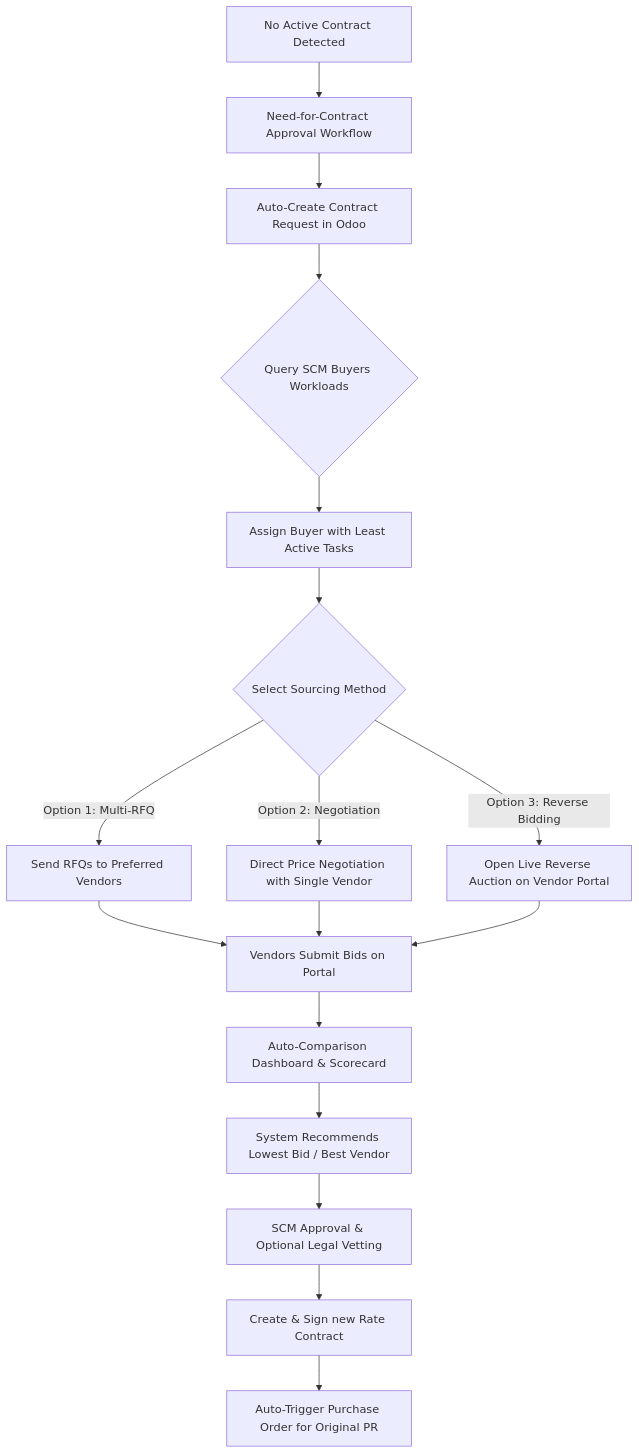
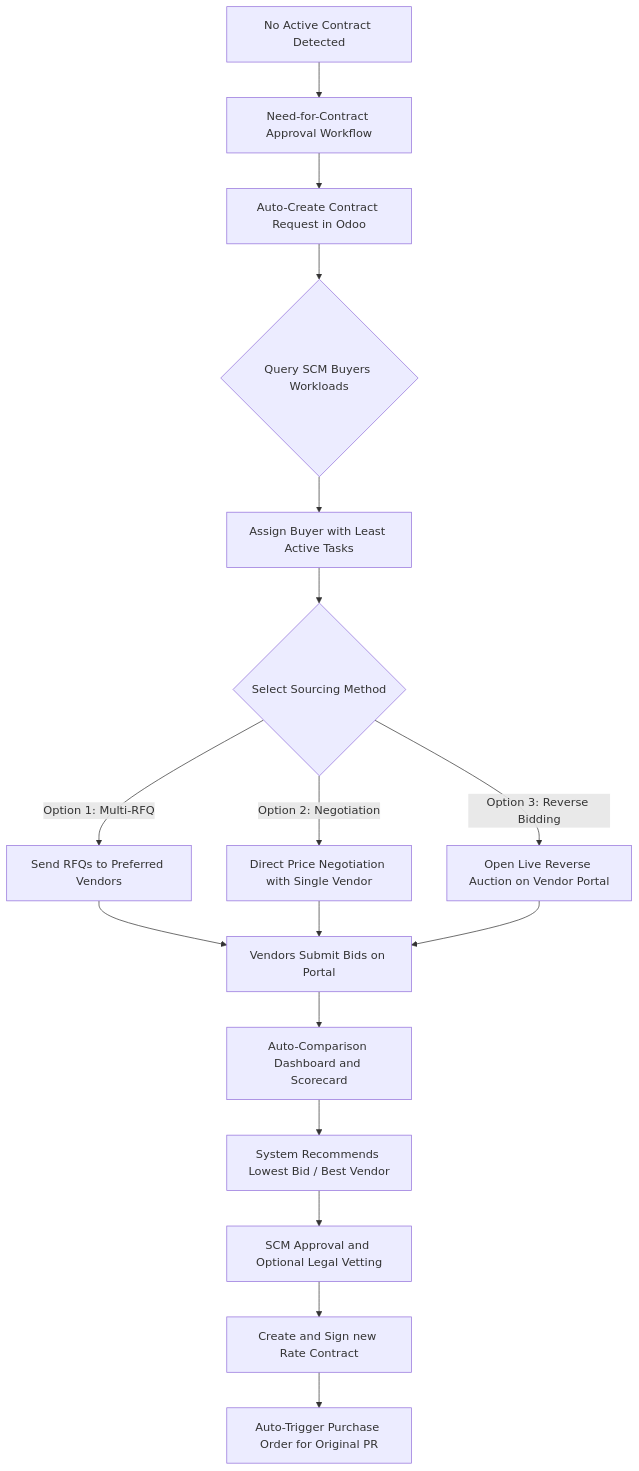
The fourth of 5 diagrams in smart_spend_proposal/smartspend_workflow_guide.md (Anjitha-IdeenTech/Spendwise_prod), drawn with Mermaid before and after one commit. The commit also changed other lines of this file and 1 other file, not shown here.

Commit message:
fix: replace all remaining & with and in Mermaid diagrams to prevent parser failures

````diff
--- a/smart_spend_proposal/smartspend_workflow_guide.md
+++ b/smart_spend_proposal/smartspend_workflow_guide.md
@@ -133,21 +133,21 @@
 ```mermaid
 flowchart TD
     Start[No Active Contract Detected] --> NeedApprove[Need-for-Contract Approval Workflow]
     NeedApprove --> CreateCR[Auto-Create Contract Request in Odoo]
     CreateCR --> WorkloadEngine{Query SCM Buyers Workloads}
     WorkloadEngine --> AssignBuyer[Assign Buyer with Least Active Tasks]
     
     AssignBuyer --> SelectMethod{Select Sourcing Method}
     SelectMethod -->|Option 1: Multi-RFQ| RFQ[Send RFQs to Preferred Vendors]
     SelectMethod -->|Option 2: Negotiation| Neg[Direct Price Negotiation with Single Vendor]
     SelectMethod -->|Option 3: Reverse Bidding| Bid[Open Live Reverse Auction on Vendor Portal]
     
     RFQ --> PortalSubmit[Vendors Submit Bids on Portal]
     Neg --> PortalSubmit
     Bid --> PortalSubmit
-    PortalSubmit --> AutoCompare["Auto-Comparison Dashboard & Scorecard"]
+    PortalSubmit --> AutoCompare["Auto-Comparison Dashboard and Scorecard"]
     AutoCompare --> SelectBest[System Recommends Lowest Bid / Best Vendor]
-    SelectBest --> SCMApprove["SCM Approval & Optional Legal Vetting"]
-    SCMApprove --> CreateRC["Create & Sign new Rate Contract"]
+    SelectBest --> SCMApprove["SCM Approval and Optional Legal Vetting"]
+    SCMApprove --> CreateRC["Create and Sign new Rate Contract"]
     CreateRC --> TriggerPO[Auto-Trigger Purchase Order for Original PR]
 ```
````
